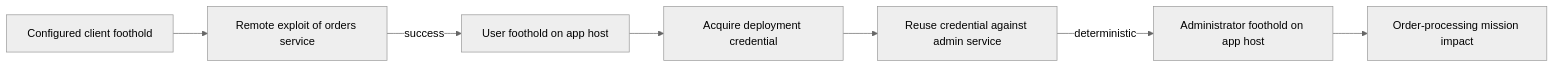
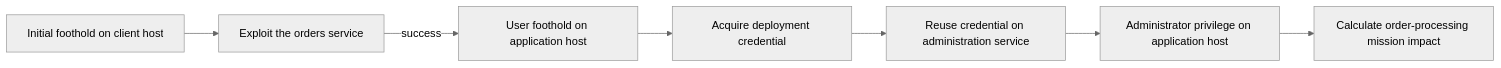
The diagram in docs/concepts/attack.md (michalo1334/master_thesis), drawn with Mermaid (neutral theme) before and after one commit. The commit also changed other lines of this file and 27 other files, not shown here.

````diff
--- a/docs/concepts/attack.md
+++ b/docs/concepts/attack.md
@@ -134,9 +122,9 @@
 ```mermaid
 flowchart LR
-    Start[Configured client foothold] --> Remote[Remote exploit of orders service]
-    Remote -->|success| AppUser[User foothold on app host]
+    Start[Initial foothold on client host] --> Remote[Exploit the orders service]
+    Remote -->|success| AppUser[User foothold on application host]
     AppUser --> Acq[Acquire deployment credential]
-    Acq --> Reuse[Reuse credential against admin service]
-    Reuse -->|deterministic| Admin[Administrator foothold on app host]
-    Admin --> Impact[Order-processing mission impact]
+    Acq --> Reuse[Reuse credential on administration service]
+    Reuse --> Admin[Administrator privilege on application host]
+    Admin --> Impact[Calculate order-processing mission impact]
 ```
````
